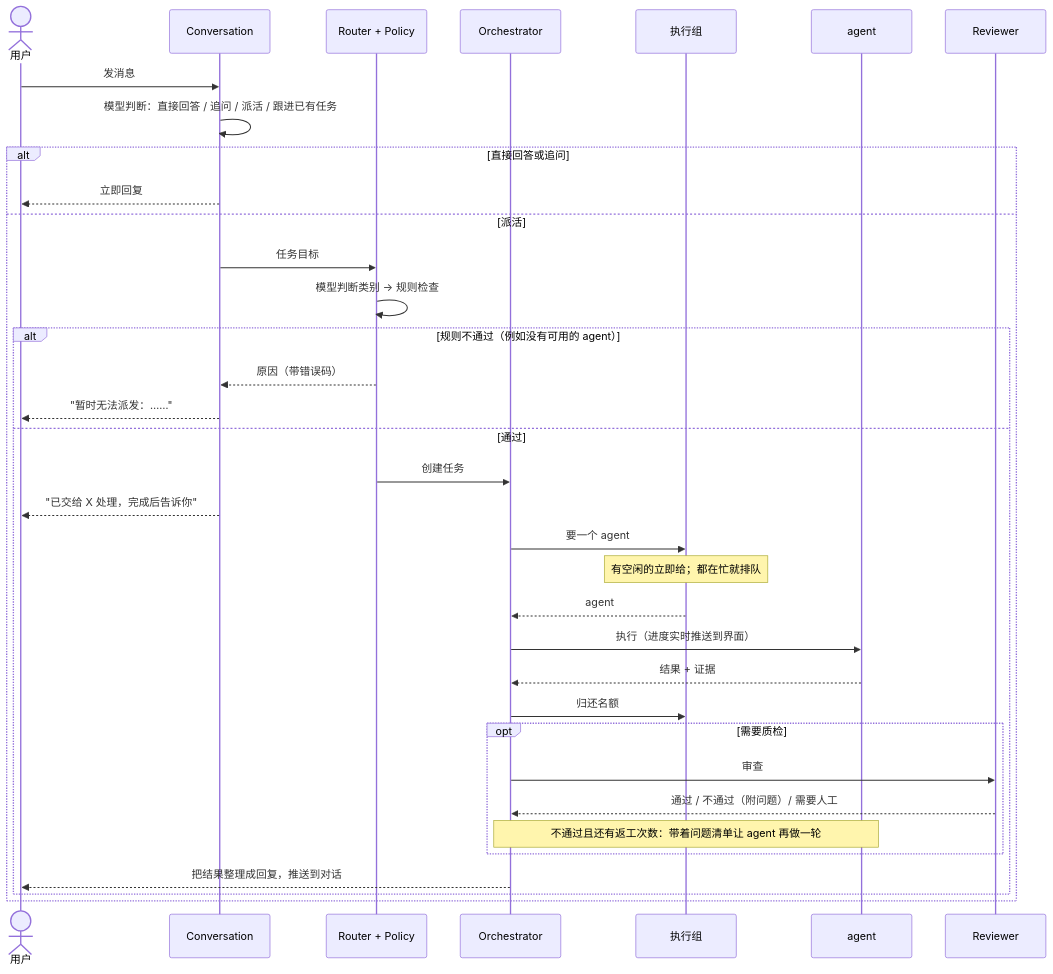
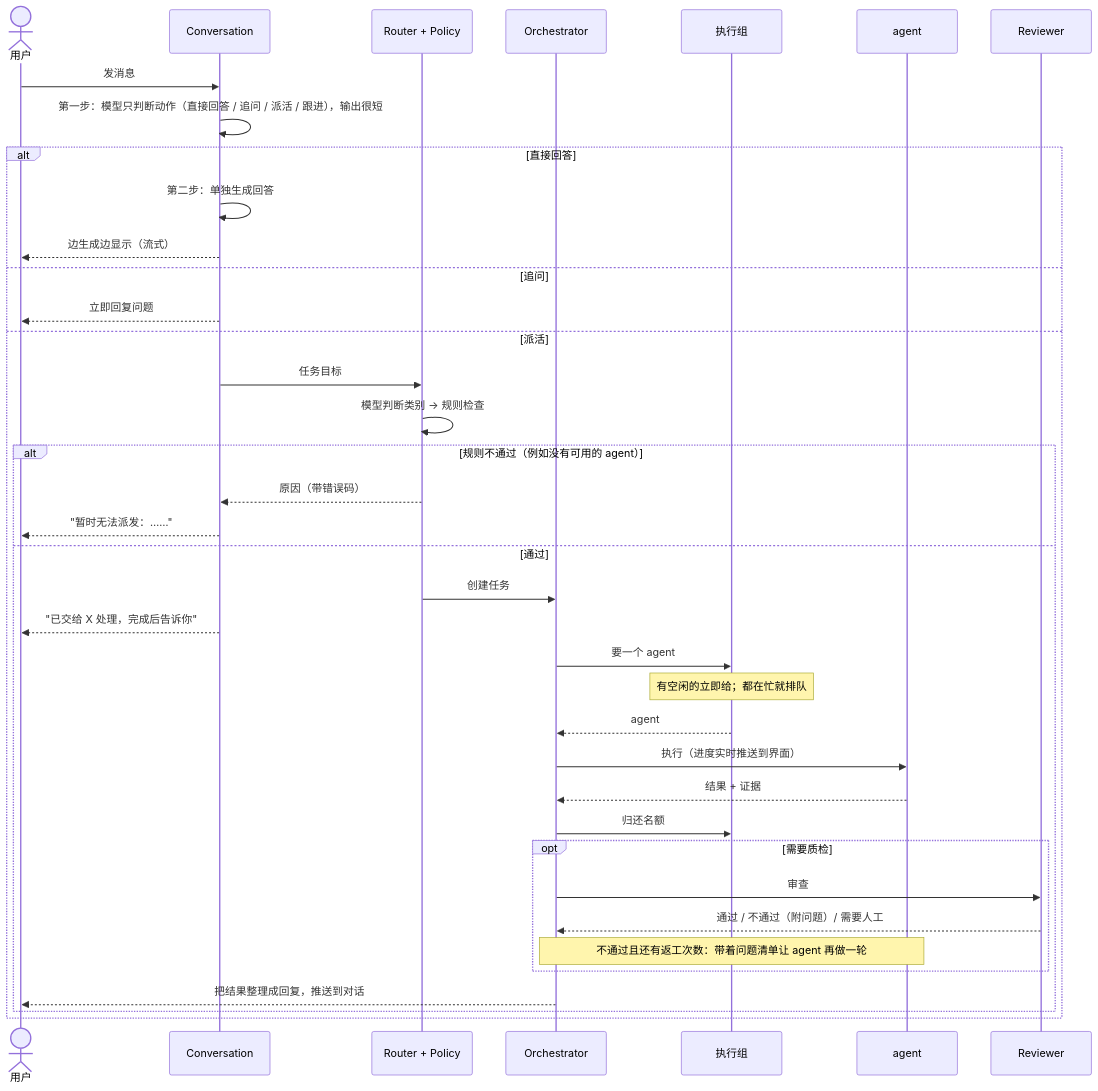
The second of 8 diagrams in docs/DESIGN.md (Grant-Huang/multi-agent-conv-mvp), drawn with Mermaid before and after one commit. The commit also changed other lines of this file and 24 other files, not shown here.

````diff
--- a/docs/DESIGN.md
+++ b/docs/DESIGN.md
@@ -227,38 +227,41 @@
 ```mermaid
 sequenceDiagram
     actor U as 用户
     participant C as Conversation
     participant R as Router + Policy
     participant O as Orchestrator
     participant G as 执行组
     participant A as agent
     participant V as Reviewer
 
     U->>C: 发消息
-    C->>C: 模型判断：直接回答 / 追问 / 派活 / 跟进已有任务
-    alt 直接回答或追问
-        C-->>U: 立即回复
+    C->>C: 第一步：模型只判断动作（直接回答 / 追问 / 派活 / 跟进），输出很短
+    alt 直接回答
+        C->>C: 第二步：单独生成回答
+        C-->>U: 边生成边显示（流式）
+    else 追问
+        C-->>U: 立即回复问题
     else 派活
         C->>R: 任务目标
         R->>R: 模型判断类别 → 规则检查
         alt 规则不通过（例如没有可用的 agent）
             R-->>C: 原因（带错误码）
             C-->>U: "暂时无法派发：……"
         else 通过
             R->>O: 创建任务
             C-->>U: "已交给 X 处理，完成后告诉你"
             O->>G: 要一个 agent
             Note over G: 有空闲的立即给；都在忙就排队
             G-->>O: agent
             O->>A: 执行（进度实时推送到界面）
             A-->>O: 结果 + 证据
             O->>G: 归还名额
             opt 需要质检
                 O->>V: 审查
                 V-->>O: 通过 / 不通过（附问题）/ 需要人工
                 Note over O,A: 不通过且还有返工次数：带着问题清单让 agent 再做一轮
             end
             O-->>U: 把结果整理成回复，推送到对话
         end
     end
 ```
````
